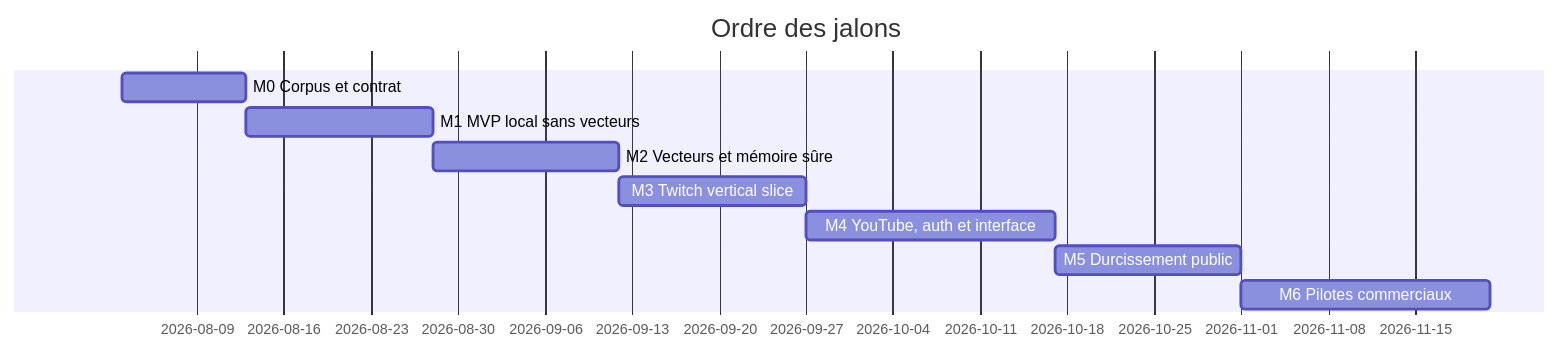
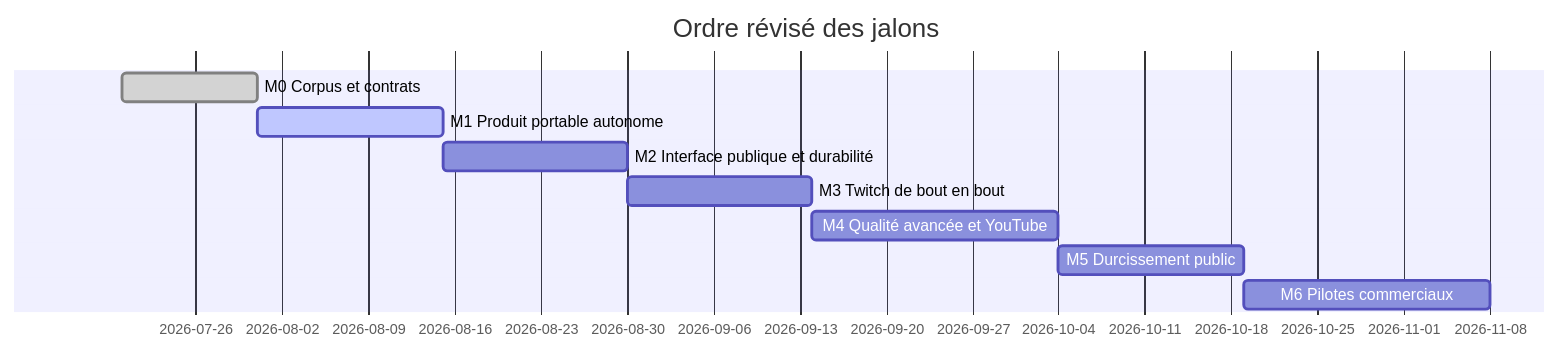
Before and after one commit to W-D0n/semantic-engine: the diagram in docs/roadmap.md, drawn with Mermaid. The commit also changed other lines of this file and 8 other files, not shown here.

````diff
--- a/docs/roadmap.md
+++ b/docs/roadmap.md
@@ -14,12 +14,12 @@
 ```mermaid
 gantt
-    title Ordre des jalons
+    title Ordre révisé des jalons
     dateFormat YYYY-MM-DD
-    M0 Corpus et contrat             :m0, 2026-08-03, 10d
-    M1 MVP local sans vecteurs       :m1, after m0, 15d
-    M2 Vecteurs et mémoire sûre      :m2, after m1, 15d
-    M3 Twitch vertical slice         :m3, after m2, 15d
-    M4 YouTube, auth et interface    :m4, after m3, 20d
-    M5 Durcissement public           :m5, after m4, 15d
-    M6 Pilotes commerciaux           :m6, after m5, 20d
+    M0 Corpus et contrats                  :done, m0, 2026-07-20, 11d
+    M1 Produit portable autonome           :active, m1, 2026-07-31, 15d
+    M2 Interface publique et durabilité    :m2, after m1, 15d
+    M3 Twitch de bout en bout              :m3, after m2, 15d
+    M4 Qualité avancée et YouTube           :m4, after m3, 20d
+    M5 Durcissement public                 :m5, after m4, 15d
+    M6 Pilotes commerciaux                 :m6, after m5, 20d
 ```
````
